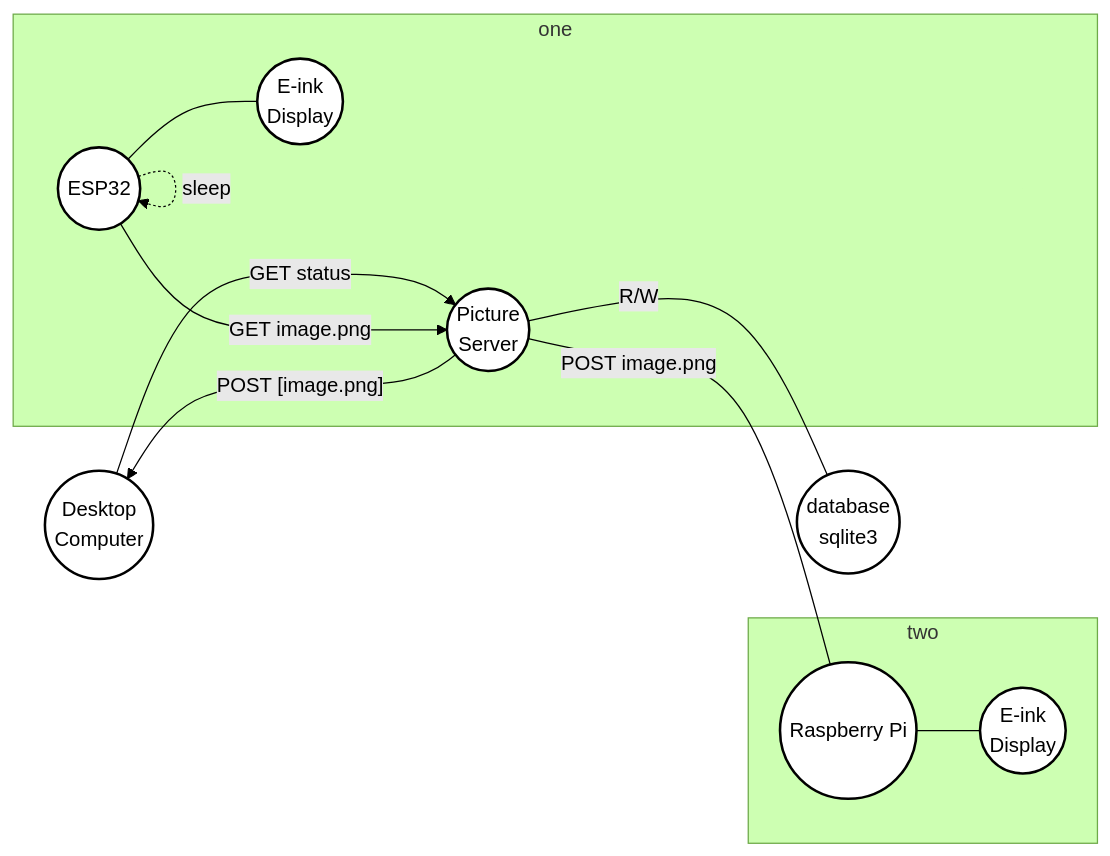
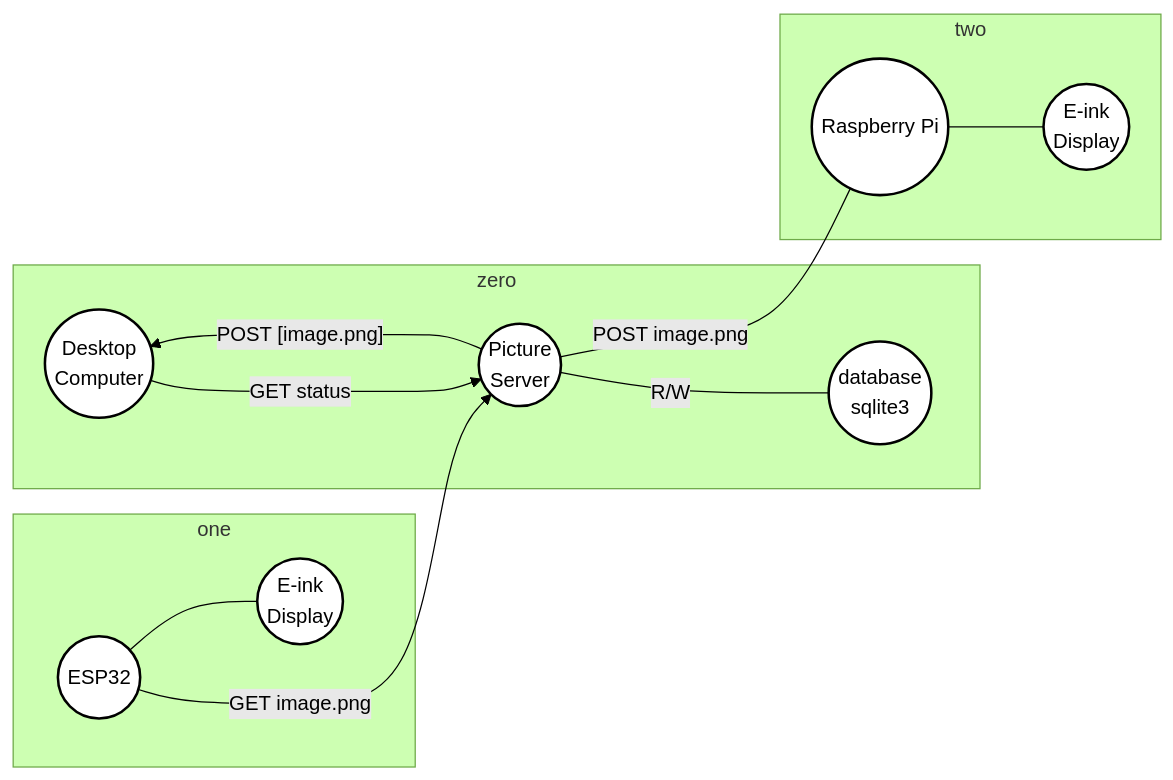
One commit to charnley/blog changed the diagram in _drafts/2025-03-02-building-your-own-ai-and-e-ink-powered-art-gallery-local.md. Above: the diagram before and after it, drawn with Mermaid (forest theme).

````diff
--- a/_drafts/2025-03-02-building-your-own-ai-and-e-ink-powered-art-gallery-local.md
+++ b/_drafts/2025-03-02-building-your-own-ai-and-e-ink-powered-art-gallery-local.md
@@ -20,21 +20,22 @@
 ```mermaid
 flowchart LR
 
+    subgraph zero
     A(("Desktop<br>Computer")) --->|"GET status"| B(("Picture<br>Server"))
 
     B -->|"POST [image.png]"| A
     B ---|"R/W"| C(("database<br>sqlite3"))
+    end
 
     subgraph one
     D(("ESP32")) ---> |"GET image.png"| B
-    D -..->|sleep| D
     D --- E(("E-ink<br>Display"))
     end
 
     subgraph two
     B ---|"POST image.png"| F(("Raspberry Pi"))
     F --- G(("E-ink<br>Display"))
     end
     
     classDef default fill:white,stroke:black,stroke-width:2px;
 ```
````
